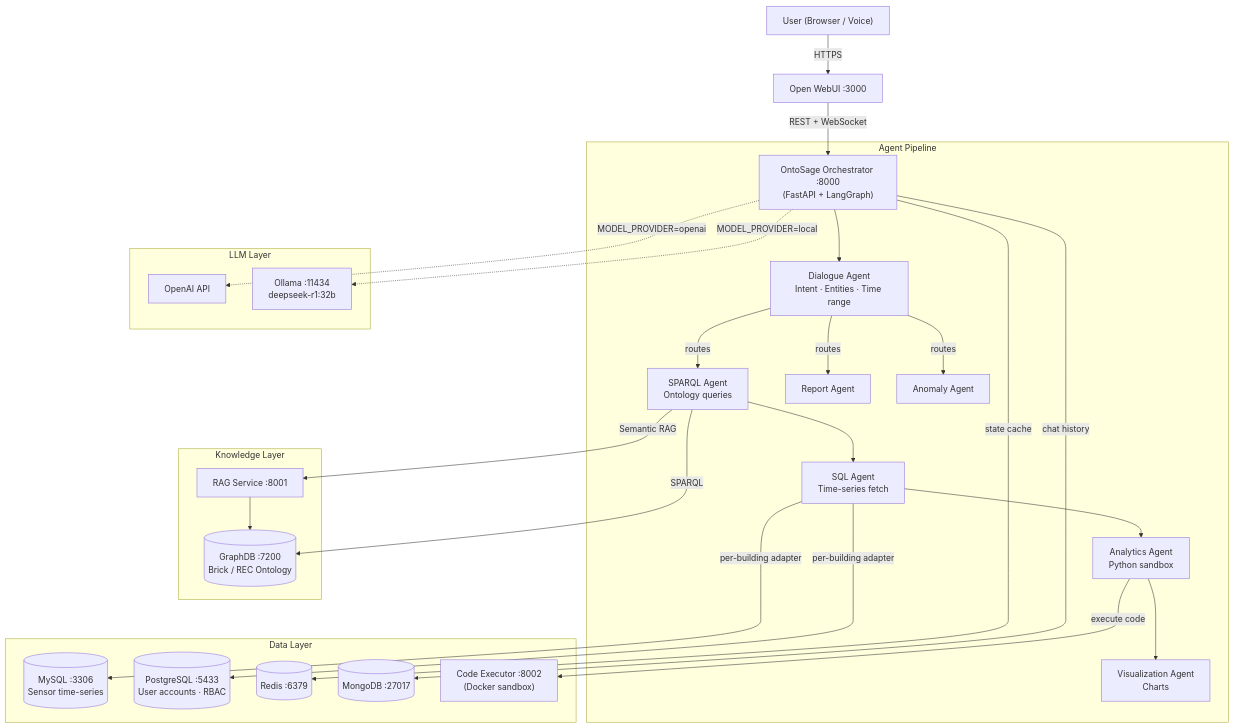
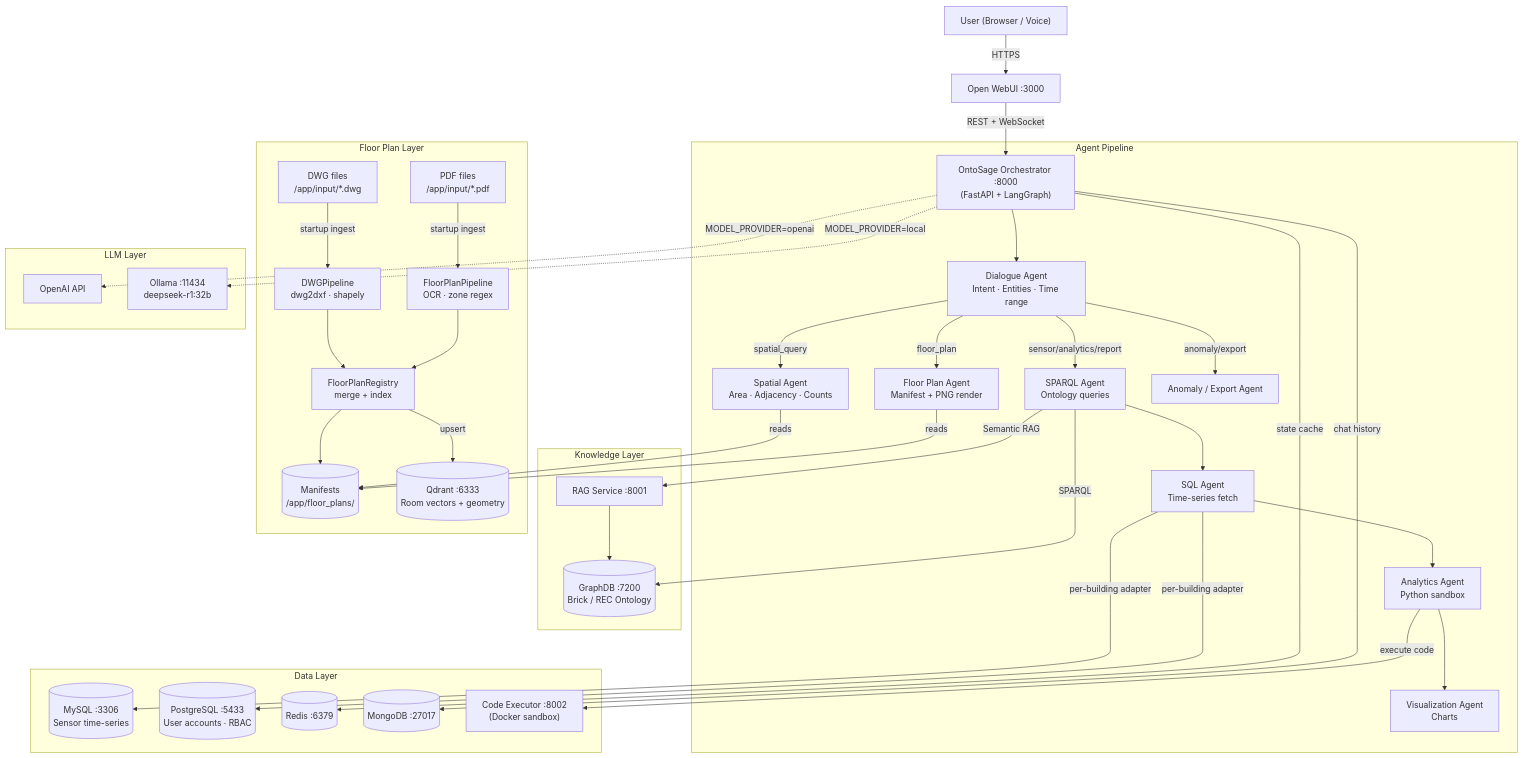
The diagram in README.md (suhasdevmane/OntoSage), drawn with Mermaid before and after one commit. The commit also changed other lines of this file and 7 other files, not shown here.

````diff
--- a/README.md
+++ b/README.md
@@ -48,34 +50,46 @@
 ```mermaid
 graph TD
     User["User (Browser / Voice)"] -->|HTTPS| WebUI["Open WebUI :3000"]
     WebUI -->|REST + WebSocket| Orch["OntoSage Orchestrator :8000\n(FastAPI + LangGraph)"]
 
     subgraph "Agent Pipeline"
         Orch --> DA["Dialogue Agent\nIntent · Entities · Time range"]
-        DA -->|routes| SA["SPARQL Agent\nOntology queries"]
-        DA -->|routes| RA["Report Agent"]
-        DA -->|routes| AA["Anomaly Agent"]
+        DA -->|sensor/analytics/report| SA["SPARQL Agent\nOntology queries"]
+        DA -->|floor_plan| FPA["Floor Plan Agent\nManifest + PNG render"]
+        DA -->|spatial_query| SPA["Spatial Agent\nArea · Adjacency · Counts"]
+        DA -->|anomaly/export| AA["Anomaly / Export Agent"]
         SA --> SQ["SQL Agent\nTime-series fetch"]
         SQ --> AnA["Analytics Agent\nPython sandbox"]
         AnA --> VA["Visualization Agent\nCharts"]
     end
 
     subgraph "Knowledge Layer"
         SA -->|SPARQL| GDB[("GraphDB :7200\nBrick / REC Ontology")]
         SA -->|Semantic RAG| RAGS["RAG Service :8001"]
         RAGS --> GDB
+    end
+
+    subgraph "Floor Plan Layer"
+        FPA -->|reads| MF[("Manifests\n/app/floor_plans/")]
+        SPA -->|reads| MF
+        PDF["PDF files\n/app/input/*.pdf"] -->|startup ingest| FPP["FloorPlanPipeline\nOCR · zone regex"]
+        DWG["DWG files\n/app/input/*.dwg"] -->|startup ingest| DWGP["DWGPipeline\ndwg2dxf · shapely"]
+        FPP --> REG["FloorPlanRegistry\nmerge + index"]
+        DWGP --> REG
+        REG --> MF
+        REG -->|upsert| QD[("Qdrant :6333\nRoom vectors + geometry")]
     end
 
     subgraph "Data Layer"
         SQ -->|per-building adapter| MySQL[("MySQL :3306\nSensor time-series")]
         SQ -->|per-building adapter| PG[("PostgreSQL :5433\nUser accounts · RBAC")]
         Orch -->|state cache| Redis[("Redis :6379")]
         Orch -->|chat history| Mongo[("MongoDB :27017")]
         AnA -->|execute code| CE["Code Executor :8002\n(Docker sandbox)"]
     end
 
     subgraph "LLM Layer"
         Orch -. "MODEL_PROVIDER=openai" .-> OpenAI["OpenAI API"]
         Orch -. "MODEL_PROVIDER=local" .-> Ollama["Ollama :11434\ndeepseek-r1:32b"]
     end
 ```
````
